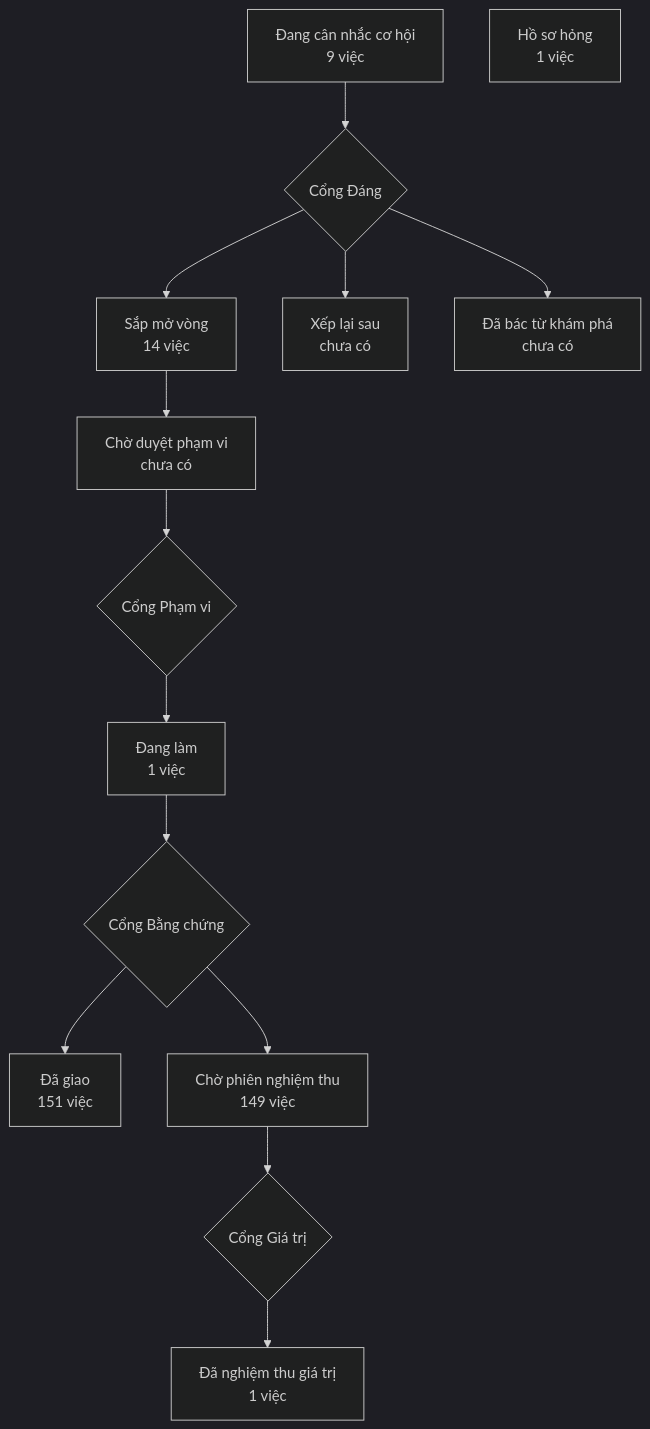
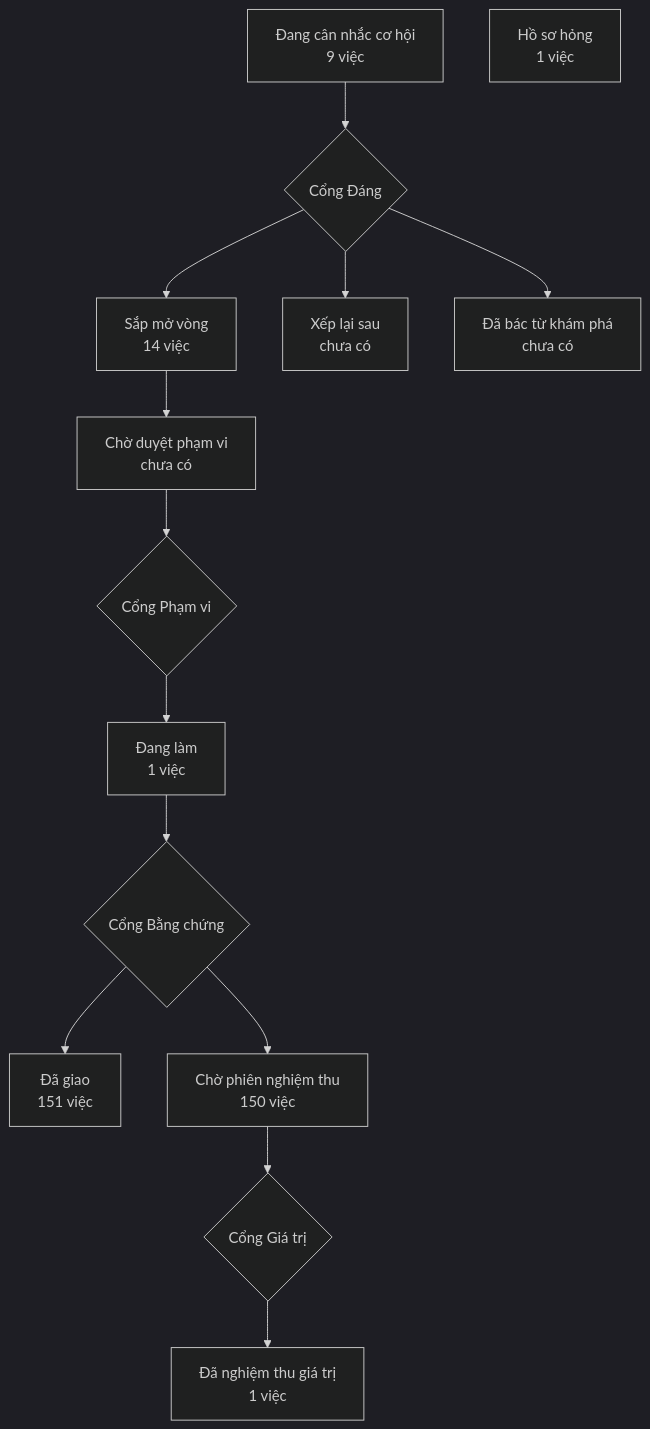
One commit to phanlemanh/crm-onehub changed the diagram in PRODUCT-MAP.md. Above: the diagram before and after it, drawn with Mermaid (dark theme). The commit also changed 1 other file, not shown here.

Commit message:
docs(doi-nhan-khu-muc-tieu): vẽ lại bản đồ sau gộp onehub (VS8 #498)

````diff
--- a/PRODUCT-MAP.md
+++ b/PRODUCT-MAP.md
@@ -7,13 +7,13 @@
 ```mermaid
 flowchart TD
   A["Đang cân nhắc cơ hội<br/>9 việc"] --> GD{"Cổng Đáng"}
   GD --> B["Sắp mở vòng<br/>14 việc"]
   GD --> XL["Xếp lại sau<br/>chưa có"]
   GD --> DB["Đã bác từ khám phá<br/>chưa có"]
   B --> CD["Chờ duyệt phạm vi<br/>chưa có"] --> GP{"Cổng Phạm vi"}
   GP --> DL["Đang làm<br/>1 việc"] --> GB{"Cổng Bằng chứng"}
   GB --> DG["Đã giao<br/>151 việc"]
-  GB --> CN["Chờ phiên nghiệm thu<br/>149 việc"] --> GG{"Cổng Giá trị"}
+  GB --> CN["Chờ phiên nghiệm thu<br/>150 việc"] --> GG{"Cổng Giá trị"}
   GG --> NT["Đã nghiệm thu giá trị<br/>1 việc"]
   HS["Hồ sơ hỏng<br/>1 việc"]
 ```
````
